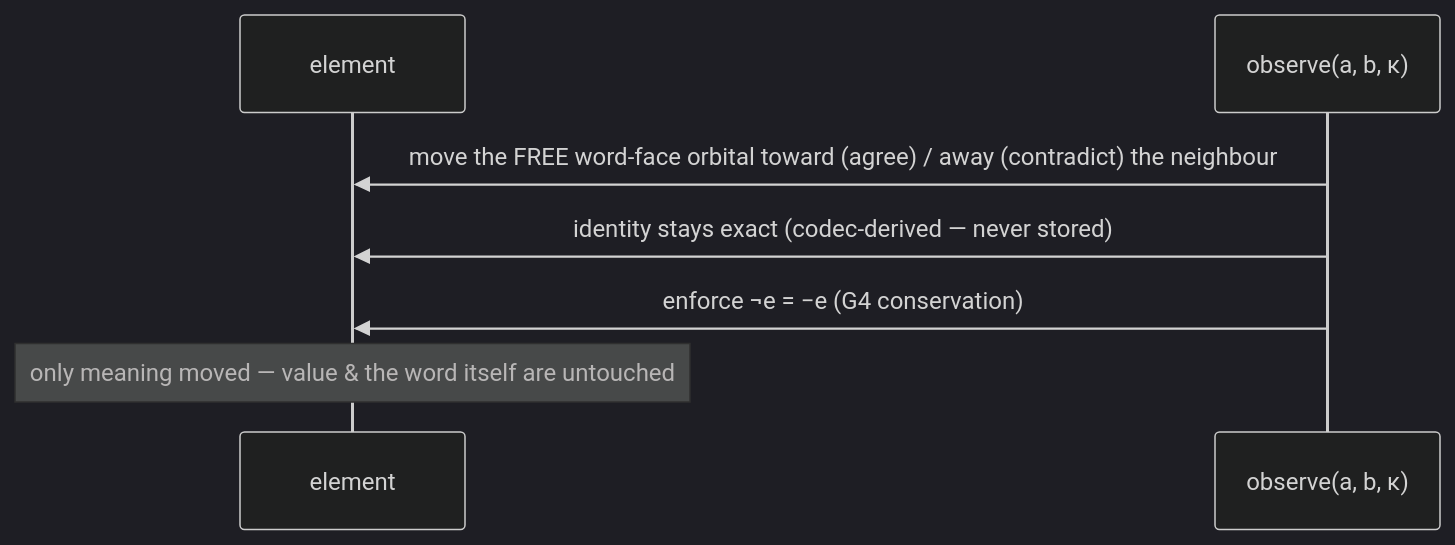
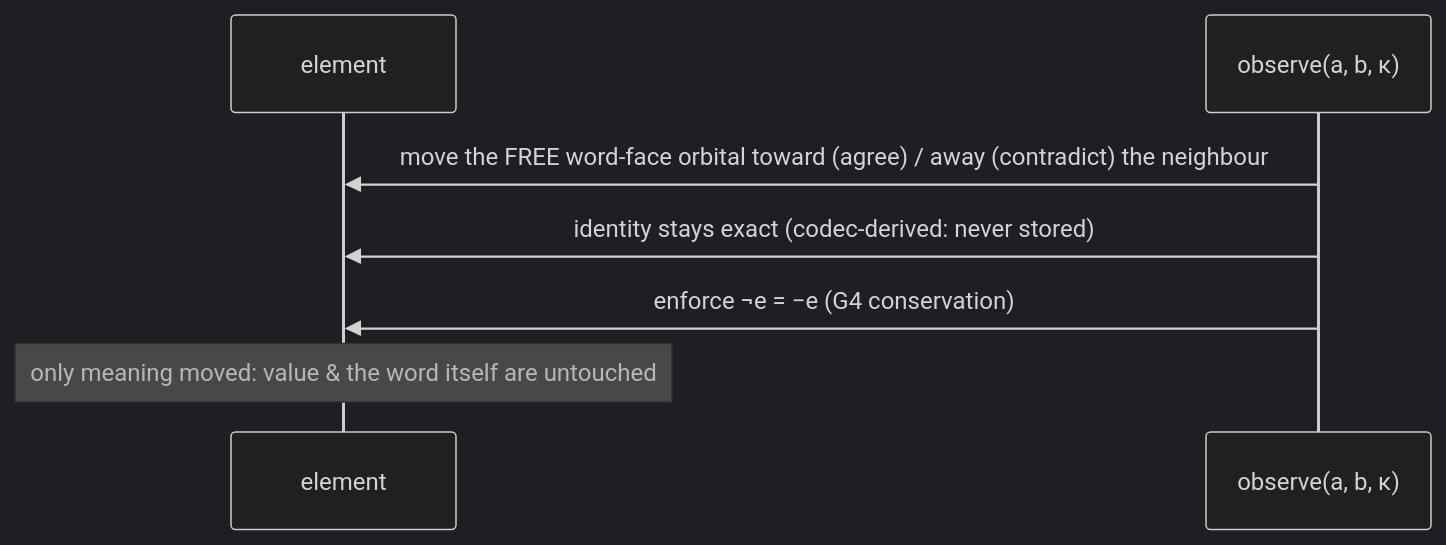
One commit to EvaluatedApplications/genesis-nova changed the fifth of 5 diagrams in PLATONIC_NUCLEUS.md. Above: the diagram before and after it, drawn with Mermaid (dark theme). The commit also changed other lines of this file and 13 other files, not shown here.

````diff
--- a/PLATONIC_NUCLEUS.md
+++ b/PLATONIC_NUCLEUS.md
@@ -164,9 +164,9 @@
 ```mermaid
 sequenceDiagram
   participant E as element
   participant Obs as observe(a, b, κ)
   Obs->>E: move the FREE word-face orbital toward (agree) / away (contradict) the neighbour
-  Obs->>E: identity stays exact (codec-derived — never stored)
+  Obs->>E: identity stays exact (codec-derived: never stored)
   Obs->>E: enforce ¬e = −e (G4 conservation)
-  Note over E: only meaning moved — value & the word itself are untouched
+  Note over E: only meaning moved: value & the word itself are untouched
 ```
````
